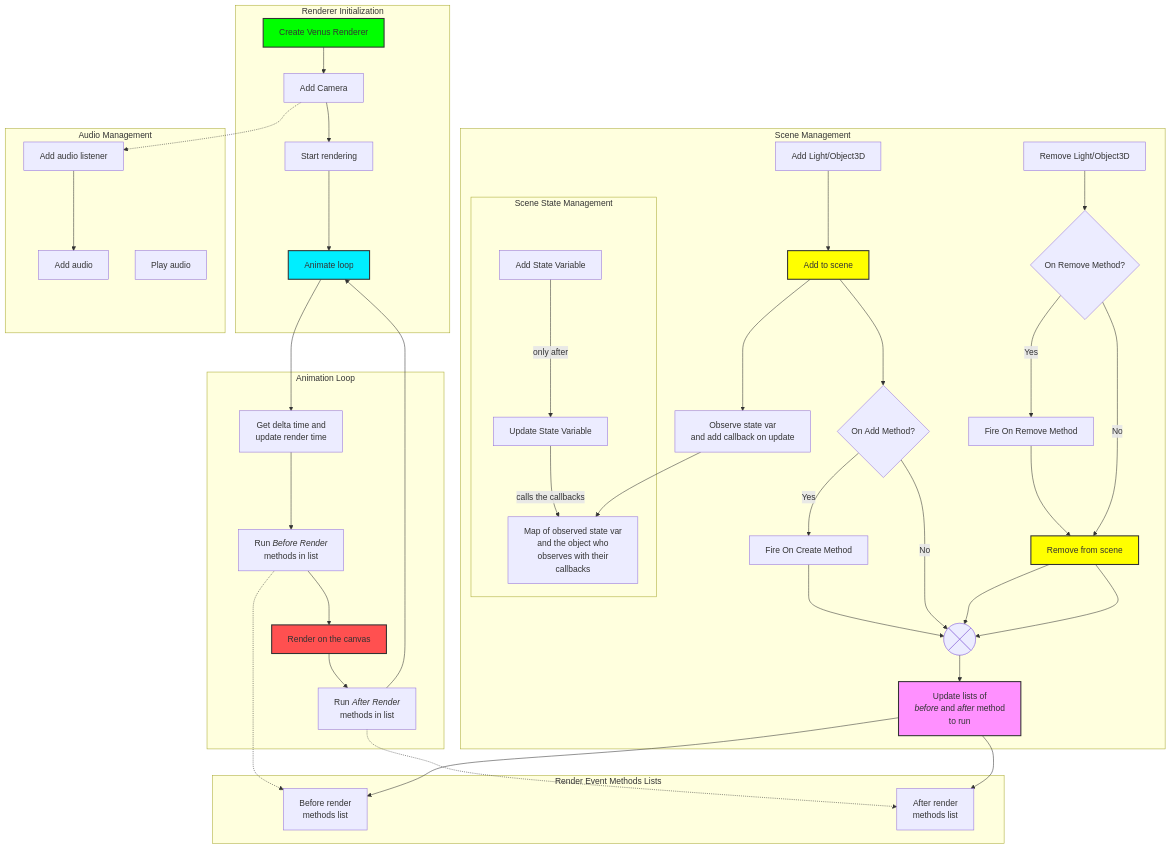
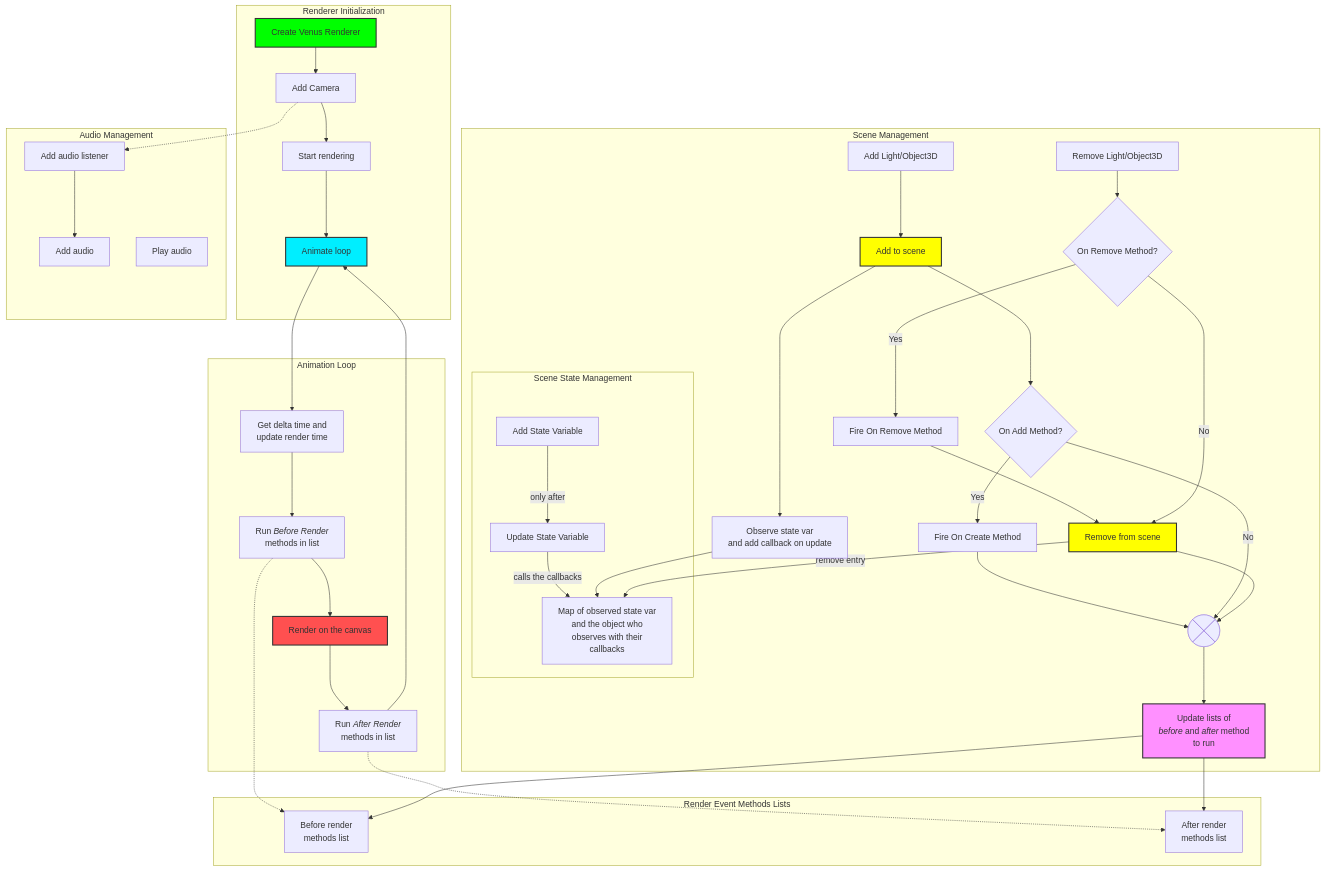
One commit to Dexaf/venus changed the diagram in README.md. Above: the diagram before and after it, drawn with Mermaid.

Commit message:
DOC: updated readme schema

```diff
--- a/README.md
+++ b/README.md
@@ -42,8 +42,8 @@
 
     RemoveEntity --> HasOnRemoveMethod
     HasOnRemoveMethod -- Yes --> TriggerOnRemove --> RemoveFromScene --> Summary
-    HasOnRemoveMethod -- No --> RemoveFromScene --> Summary
-
+    HasOnRemoveMethod -- No --> RemoveFromScene
+    RemoveFromScene -- remove entry --> StateObserverMap
     Summary --> UpdateEventMethods
   end
 
```
